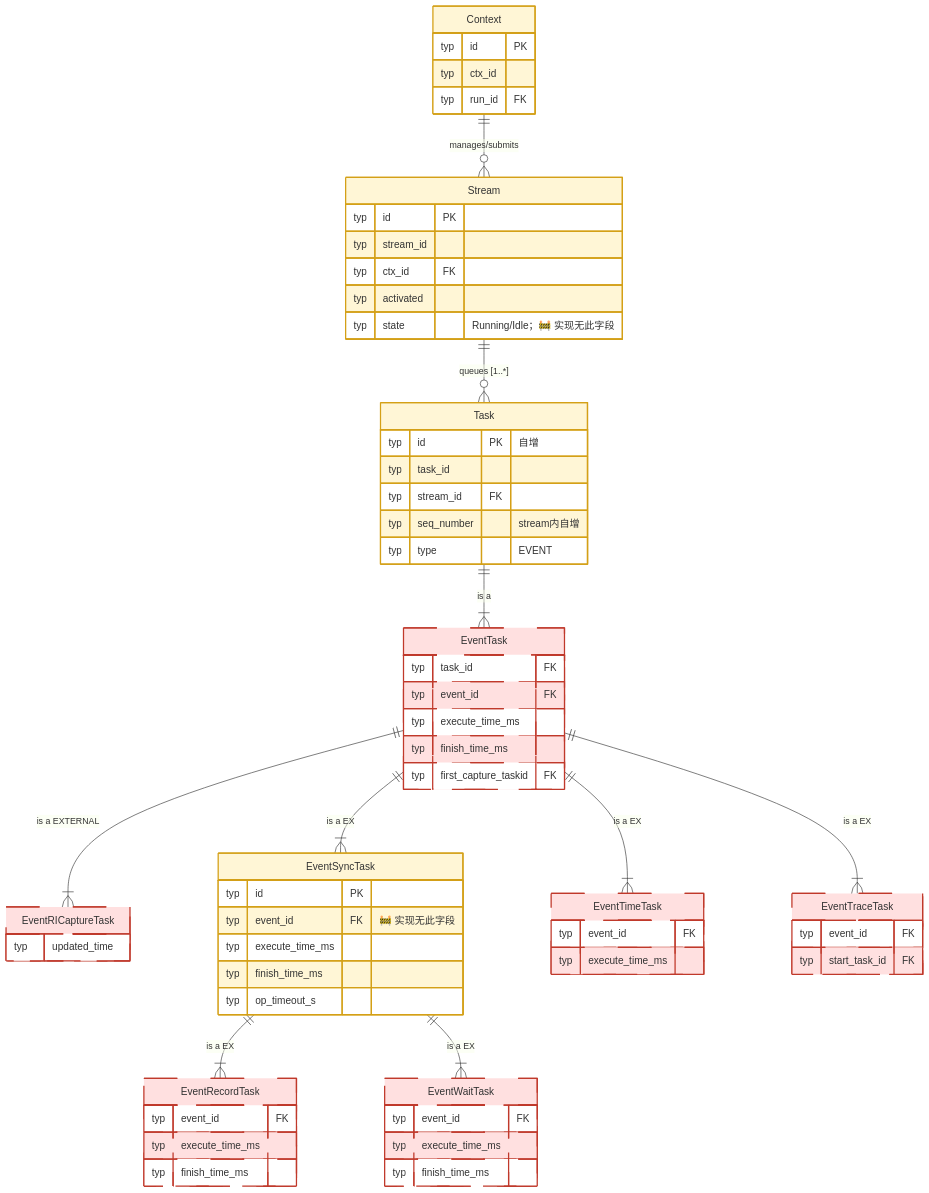
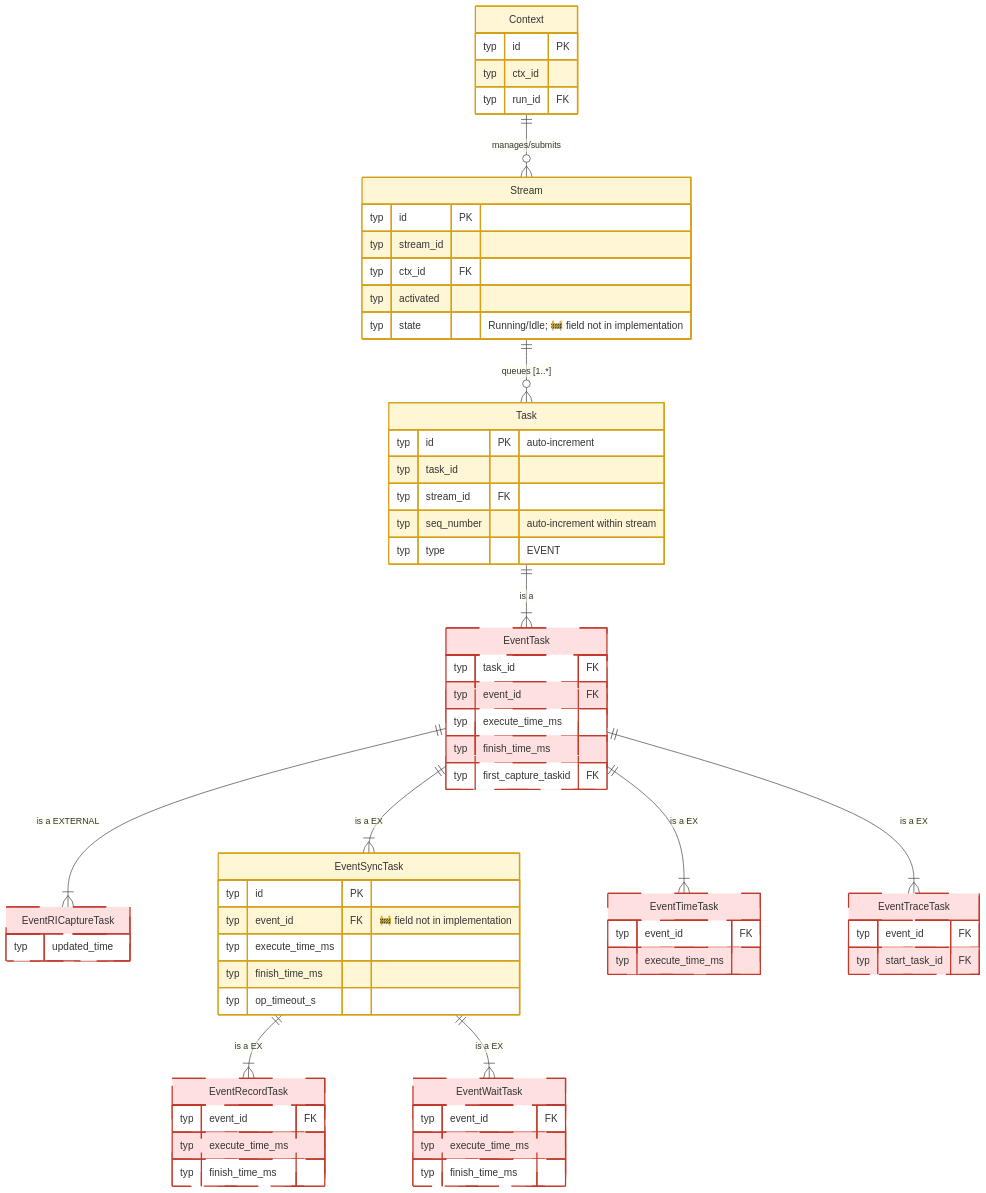
Diagram 11 of 19 in test/hccl_vm/docs/simulator_runner_data_model_en.md (Atlas-Ascend-Fork/hcomm), drawn with Mermaid before and after one commit. The commit also changed other lines of this file and 73 other files, not shown here.

```diff
--- a/test/hccl_vm/docs/simulator_runner_data_model_en.md
+++ b/test/hccl_vm/docs/simulator_runner_data_model_en.md
@@ -950,23 +950,23 @@
         typ stream_id
         typ ctx_id FK
         typ activated
-        typ state "Running/Idle；🚧 实现无此字段"
+        typ state "Running/Idle; 🚧 field not in implementation"
     }
-    %% 实现无 state 字段；运行态由 activated/capture_status/task_complete_status 表达
+    %% Implementation has no state field; run state is expressed by activated/capture_status/task_complete_status
 
-    %% Stream 包含有序的任务列表
+    %% Stream contains an ordered task list
     Context ||--o{ Stream : "manages/submits"
     Stream ||--o{ Task : "queues [1..*]"
 
     Task {
-        typ id PK "自增"
+        typ id PK "auto-increment"
         typ task_id
         typ stream_id FK
-        typ seq_number "stream内自增"
+        typ seq_number "auto-increment within stream"
         typ type "EVENT"
     }
 
-    %% 各种具体的 Task 类型 (逻辑上的继承关系)
+    %% Various specific Task types (logical inheritance)
     EventTask {
         typ task_id FK
         typ event_id FK
@@ -981,7 +981,7 @@
 
     EventSyncTask {
         typ id PK
-        typ event_id FK "🚧 实现无此字段"
+        typ event_id FK "🚧 field not in implementation"
         typ execute_time_ms
         typ finish_time_ms
         typ op_timeout_s
@@ -1005,8 +1005,8 @@
         typ start_task_id FK
     }
 
-    %% 🧠 可进程私有：Context / Stream / Task（仅 src/proxy 访问）
-    %% 继承关系的逻辑表达 (Task 分为多种)：以 Task.type 判别，实现只建 Task 表
+    %% 🧠 Process-private candidates: Context / Stream / Task (only src/proxy accesses)
+    %% Inheritance logical expression (Task has multiple types): discriminated by Task.type, implementation only creates Task table
     Task ||--|{ EventTask : "is a "
     EventTask ||--|{ EventRICaptureTask : "is a EXTERNAL"
     EventTask ||--|{ EventSyncTask : "is a EX"
```
